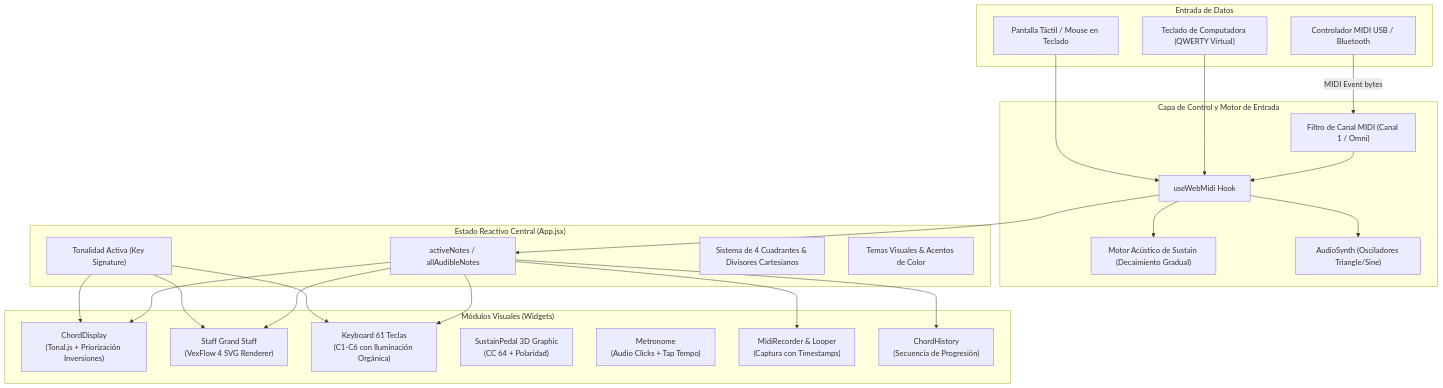
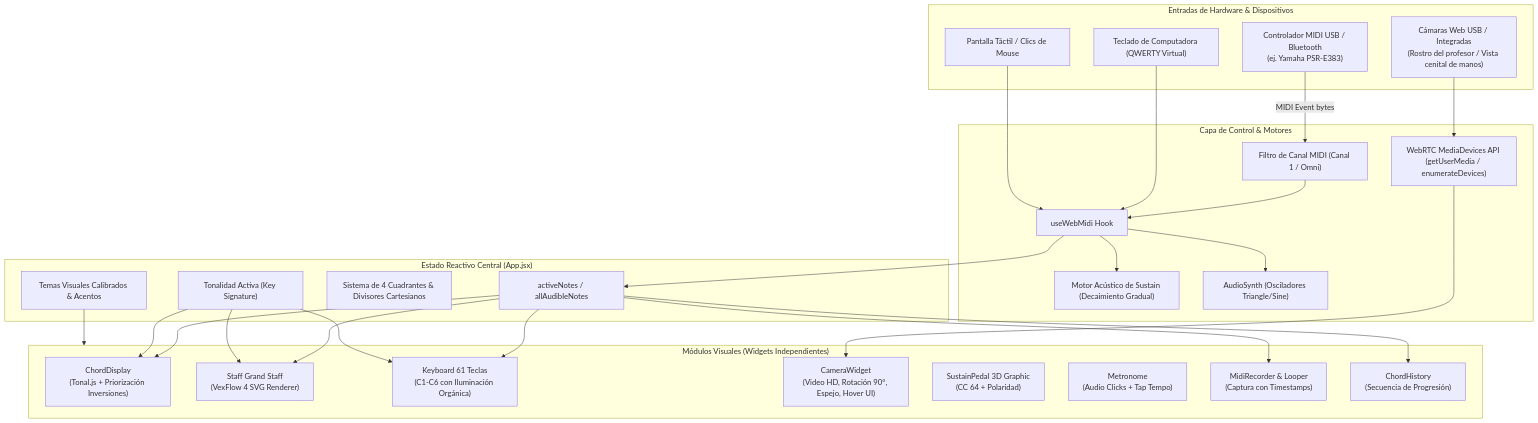
One commit to osvmendoza/ChordMeet changed the first of 2 diagrams in README.md. Above: the diagram before and after it, drawn with Mermaid. The commit also changed other lines of this file, not shown here.

Commit message:
update readme whit new camera and color features

````diff
--- a/README.md
+++ b/README.md
@@ -46,51 +50,57 @@
 ```mermaid
 flowchart TD
-    subgraph Hardware_O_Virtual ["Entrada de Datos"]
-        MIDI["Controlador MIDI USB / Bluetooth"]
+    subgraph Hardware_O_Virtual ["Entradas de Hardware & Dispositivos"]
+        MIDI["Controlador MIDI USB / Bluetooth\n(ej. Yamaha PSR-E383)"]
+        WEBCAM["Cámaras Web USB / Integradas\n(Rostro del profesor / Vista cenital de manos)"]
         QWERTY["Teclado de Computadora (QWERTY Virtual)"]
-        TOUCH["Pantalla Táctil / Mouse en Teclado"]
+        TOUCH["Pantalla Táctil / Clics de Mouse"]
     end
 
-    subgraph Core_Engine ["Capa de Control y Motor de Entrada"]
+    subgraph Core_Engine ["Capa de Control & Motores"]
         UWM["useWebMidi Hook"]
         FILTER["Filtro de Canal MIDI (Canal 1 / Omni)"]
         SUSTAIN_ENGINE["Motor Acústico de Sustain (Decaimiento Gradual)"]
         SYNTH["AudioSynth (Osciladores Triangle/Sine)"]
+        MEDIA_STREAM["WebRTC MediaDevices API (getUserMedia / enumerateDevices)"]
     end
 
     subgraph State_Management ["Estado Reactivo Central (App.jsx)"]
         ACTIVE_NOTES["activeNotes / allAudibleNotes"]
         KEY_SIG["Tonalidad Activa (Key Signature)"]
         QUADRANTS["Sistema de 4 Cuadrantes & Divisores Cartesianos"]
-        THEME_STATE["Temas Visuales & Acentos de Color"]
+        THEME_STATE["Temas Visuales Calibrados & Acentos"]
     end
 
-    subgraph UI_Panels ["Módulos Visuales (Widgets)"]
+    subgraph UI_Panels ["Módulos Visuales (Widgets Independientes)"]
         CHORD_DISP["ChordDisplay\n(Tonal.js + Priorización Inversiones)"]
         STAFF_DISP["Staff Grand Staff\n(VexFlow 4 SVG Renderer)"]
         KEYBOARD_DISP["Keyboard 61 Teclas\n(C1-C6 con Iluminación Orgánica)"]
+        CAMERA_WIDGET["CameraWidget\n(Video HD, Rotación 90°, Espejo, Hover UI)"]
         PEDAL_WIDGET["SustainPedal 3D Graphic\n(CC 64 + Polaridad)"]
         METRONOME_WIDGET["Metronome\n(Audio Clicks + Tap Tempo)"]
         RECORDER_WIDGET["MidiRecorder & Looper\n(Captura con Timestamps)"]
         HISTORY_WIDGET["ChordHistory\n(Secuencia de Progresión)"]
     end
 
     MIDI -->|MIDI Event bytes| FILTER
     FILTER --> UWM
     QWERTY --> UWM
     TOUCH --> UWM
+    WEBCAM --> MEDIA_STREAM
 
     UWM --> SUSTAIN_ENGINE
     UWM --> SYNTH
     UWM --> ACTIVE_NOTES
 
     ACTIVE_NOTES --> CHORD_DISP
     ACTIVE_NOTES --> STAFF_DISP
     ACTIVE_NOTES --> KEYBOARD_DISP
     ACTIVE_NOTES --> RECORDER_WIDGET
     ACTIVE_NOTES --> HISTORY_WIDGET
+    MEDIA_STREAM --> CAMERA_WIDGET
 
     KEY_SIG --> CHORD_DISP
     KEY_SIG --> STAFF_DISP
     KEY_SIG --> KEYBOARD_DISP
+    THEME_STATE --> UI_Panels
 ```
````
